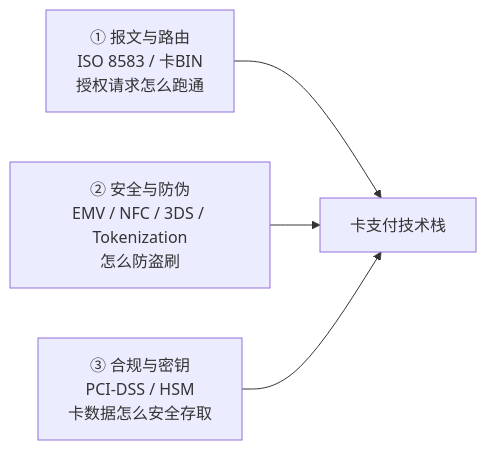
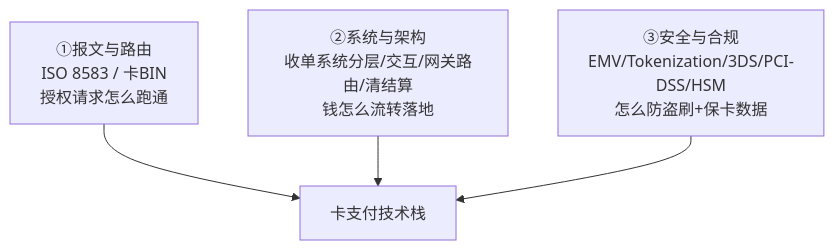
The first of 14 diagrams in payment/traditional-payment/01-cards-tech-aws.md (loong-ju/tech-research), drawn with Mermaid before and after one commit. The commit also changed other lines of this file and 4 other files, not shown here.

````diff
--- a/payment/traditional-payment/01-cards-tech-aws.md
+++ b/payment/traditional-payment/01-cards-tech-aws.md
@@ -14,6 +15,6 @@
 ```mermaid
-flowchart LR
-    A["① 报文与路由<br/>ISO 8583 / 卡BIN<br/>授权请求怎么跑通"] --> D["卡支付技术栈"]
-    B["② 安全与防伪<br/>EMV / NFC / 3DS / Tokenization<br/>怎么防盗刷"] --> D
-    C["③ 合规与密钥<br/>PCI-DSS / HSM<br/>卡数据怎么安全存取"] --> D
+flowchart TB
+    A["①报文与路由<br/>ISO 8583 / 卡BIN<br/>授权请求怎么跑通"] --> D["卡支付技术栈"]
+    B["②系统与架构<br/>收单系统分层/交互/网关路由/清结算<br/>钱怎么流转落地"] --> D
+    C["③安全与合规<br/>EMV/Tokenization/3DS/PCI-DSS/HSM<br/>怎么防盗刷+保卡数据"] --> D
 ```
````
